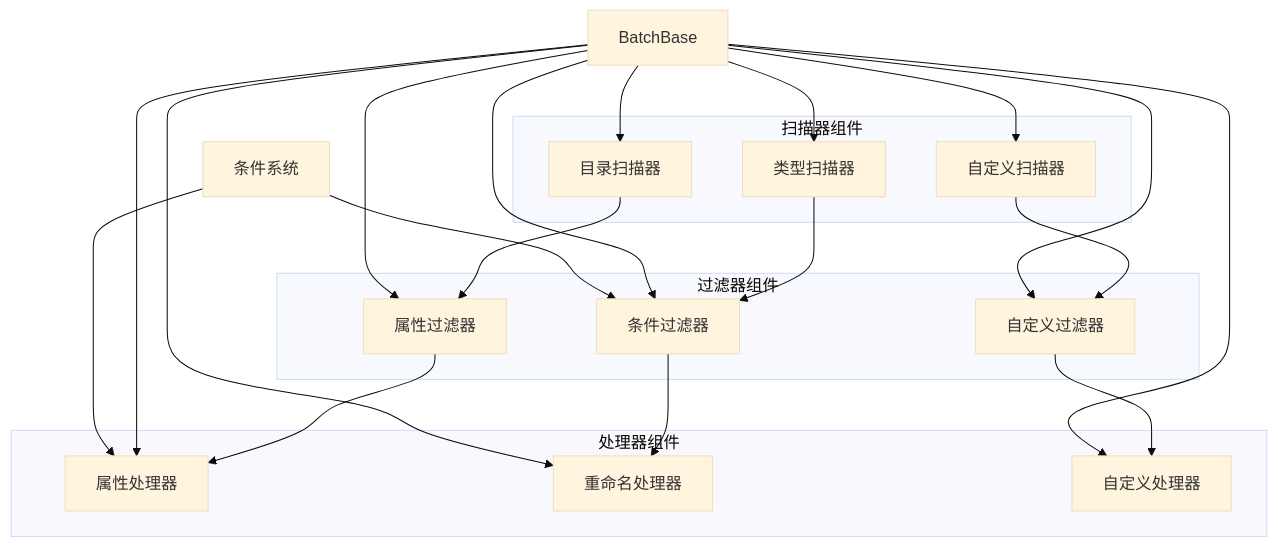
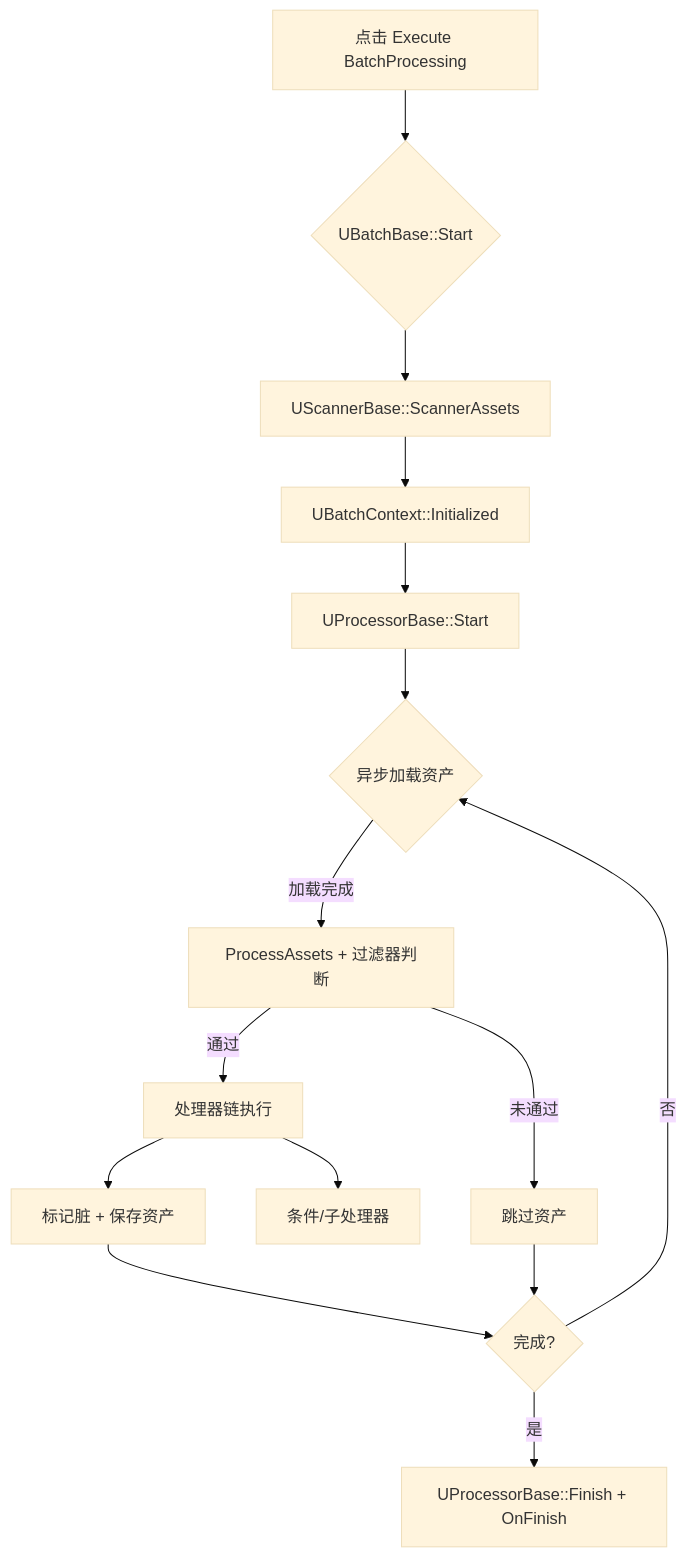
One commit to bytepine/BatchProcessor changed the diagram in README.md. Above: the diagram before and after it, drawn with Mermaid (base theme). The commit also changed other lines of this file, not shown here.

````diff
--- a/README.md
+++ b/README.md
@@ -11,40 +47,17 @@
 ```mermaid
-graph TB
-    subgraph "扫描器组件"
-        A1[目录扫描器]
-        A2[类型扫描器]
-        A3[自定义扫描器]
-    end
-    
-    subgraph "过滤器组件"
-        B1[属性过滤器]
-        B2[条件过滤器]
-        B3[自定义过滤器]
-    end
-    
-    subgraph "处理器组件"
-        C1[属性处理器]
-        C2[重命名处理器]
-        C3[自定义处理器]
-    end
-    
-    A1 --> B1
-    A2 --> B2
-    A3 --> B3
-    B1 --> C1
-    B2 --> C2
-    B3 --> C3
-    
-    D[BatchBase] --> A1
-    D --> A2
-    D --> A3
-    D --> B1
-    D --> B2
-    D --> B3
-    D --> C1
-    D --> C2
-    D --> C3
-    
-    E[条件系统] --> B2
-    E --> C1
+graph TD
+    A[点击 Execute BatchProcessing] --> B{UBatchBase::Start}
+    B --> C[UScannerBase::ScannerAssets]
+    C --> D[UBatchContext::Initialized]
+    D --> E[UProcessorBase::Start]
+    E --> F{异步加载资产}
+    F -->|加载完成| G[ProcessAssets + 过滤器判断]
+    G -->|通过| H[处理器链执行]
+    H --> I[标记脏 + 保存资产]
+    H --> J[条件/子处理器]
+    G -->|未通过| K[跳过资产]
+    I --> L{完成?}
+    K --> L
+    L -->|否| F
+    L -->|是| M[UProcessorBase::Finish + OnFinish]
 ```
````
